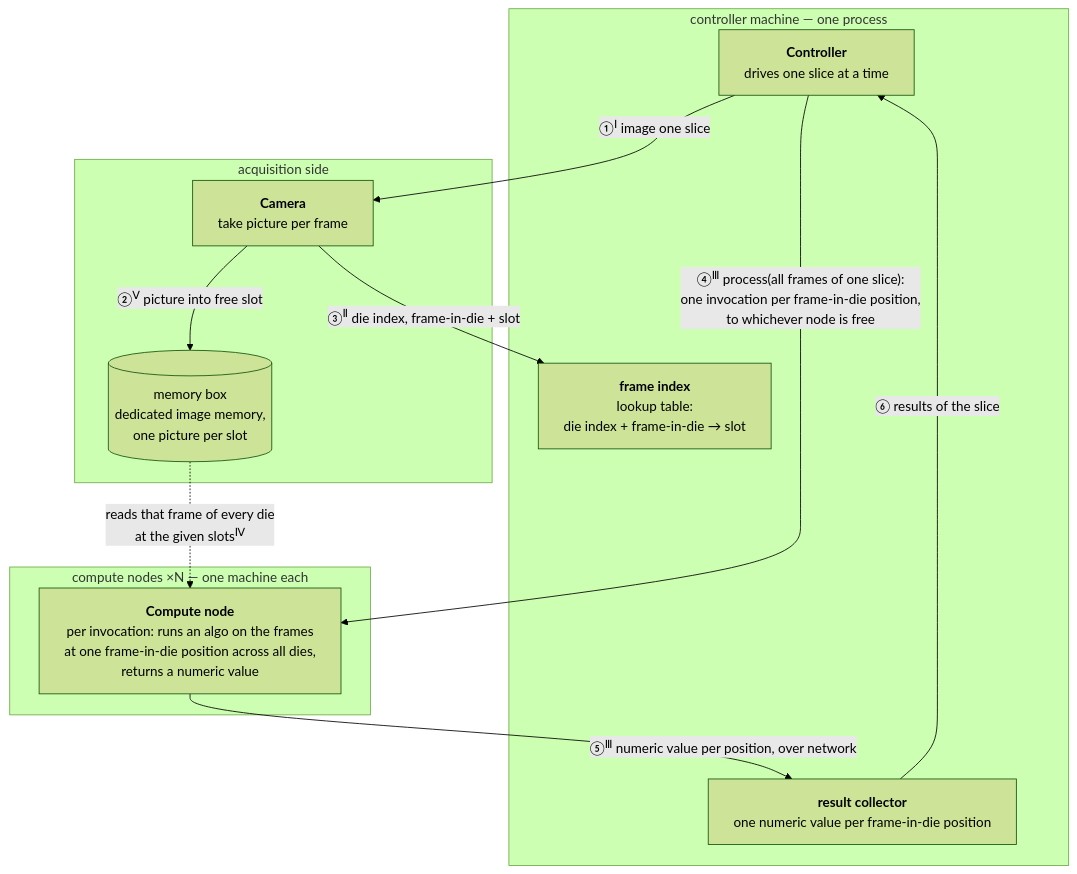
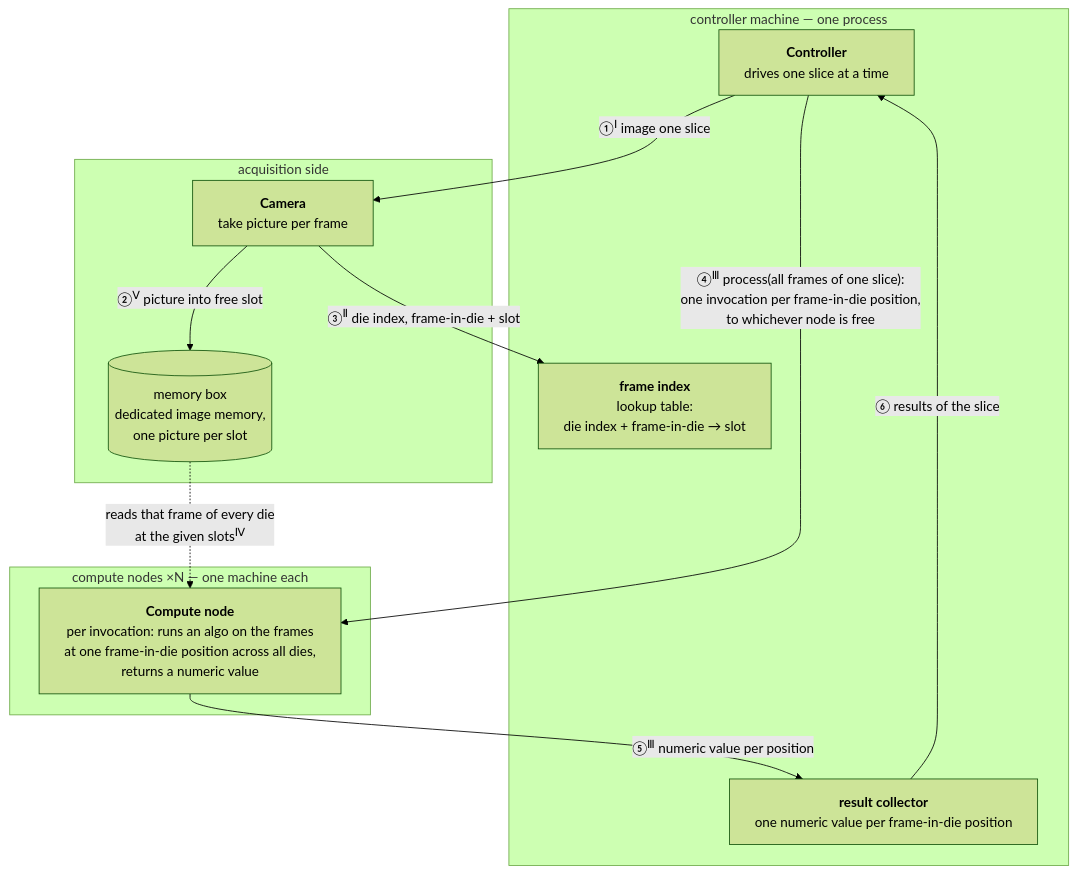
One commit to erancha/algorithm-controller changed the first of 2 diagrams in README.md. Above: the diagram before and after it, drawn with Mermaid (forest theme). The commit also changed other lines of this file, not shown here.

````diff
--- a/README.md
+++ b/README.md
@@ -52,23 +52,23 @@
 ```mermaid
 %%{init: {"flowchart": {"wrappingWidth": 400}}}%%
 flowchart TB
     subgraph CTRLM[controller machine — one process]
         CTRL[<b>Controller</b><br/>drives one slice at a time]
         IDX[<b>frame index</b><br/>lookup table:<br/>die index + frame-in-die → slot]
         AGG[<b>result collector</b><br/>one numeric value per frame-in-die position]
     end
     subgraph ACQ[acquisition side]
         CAM[<b>Camera</b><br/>take picture per frame]
         MB[(memory box<br/>dedicated image memory,<br/>one picture per slot)]
         CAM -- ②<sup>Ⅴ</sup>&nbsp;picture&nbsp;into&nbsp;free&nbsp;slot --> MB
     end
     subgraph NODES[compute nodes ×N — one machine each]
         CN[<b>Compute node</b><br/>per invocation: runs an algo on the frames<br/>at one frame-in-die position across all dies,<br/>returns a numeric value]
     end
     CTRL -- ①<sup>Ⅰ</sup> image one slice --> CAM
     CAM -- ③<sup>Ⅱ</sup>&nbsp;die&nbsp;index,&nbsp;frame#8209;in#8209;die&nbsp;+&nbsp;slot --> IDX
     CTRL -- "④<sup>Ⅲ</sup>&nbsp;process(all&nbsp;frames&nbsp;of&nbsp;one&nbsp;slice):<br/>one&nbsp;invocation&nbsp;per&nbsp;frame#8209;in#8209;die&nbsp;position,<br/>to&nbsp;whichever&nbsp;node&nbsp;is&nbsp;free" --> CN
     MB -. reads&nbsp;that&nbsp;frame&nbsp;of&nbsp;every&nbsp;die<br/>at&nbsp;the&nbsp;given&nbsp;slots<sup>Ⅳ</sup> .-> CN
-    CN -- ⑤<sup>Ⅲ</sup>&nbsp;numeric&nbsp;value&nbsp;per&nbsp;position,&nbsp;over&nbsp;network --> AGG
+    CN -- ⑤<sup>Ⅲ</sup>&nbsp;numeric&nbsp;value&nbsp;per&nbsp;position --> AGG
     AGG -- ⑥ results of the slice --> CTRL
 ```
````
